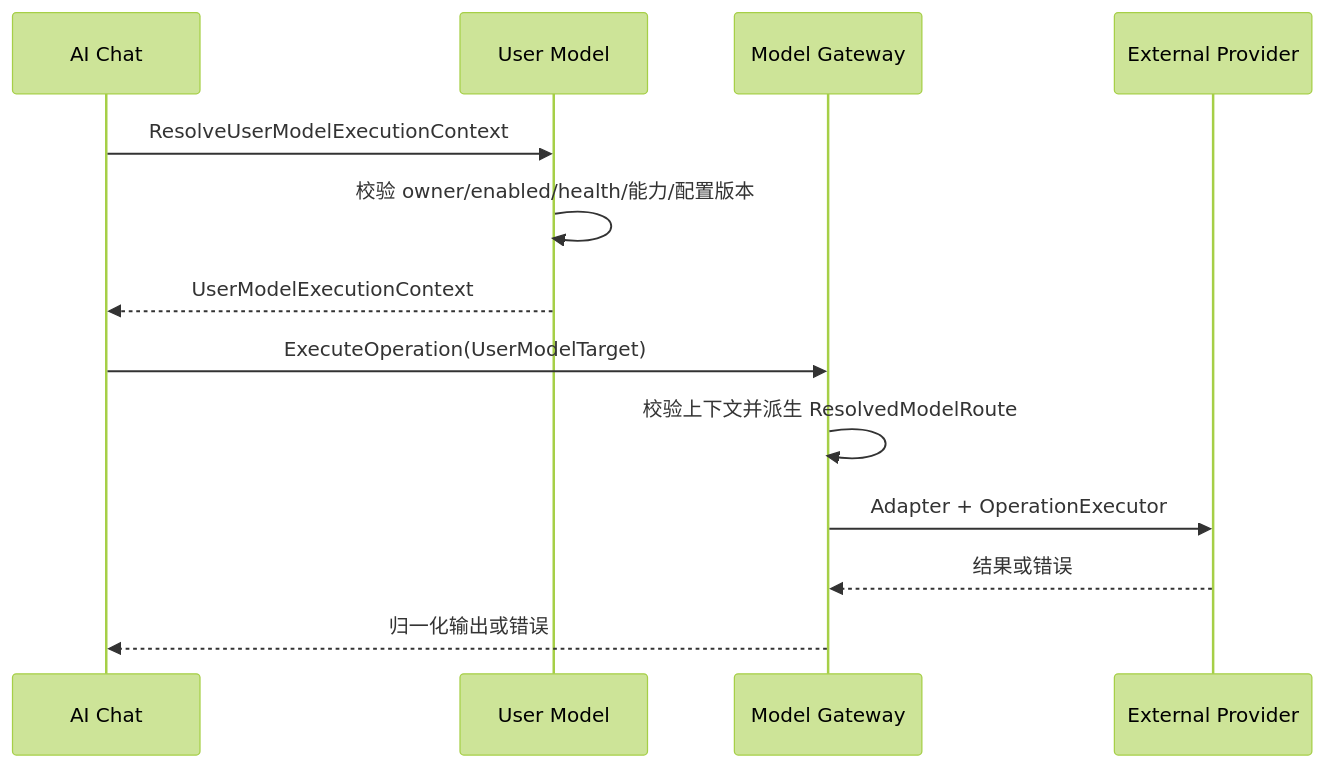
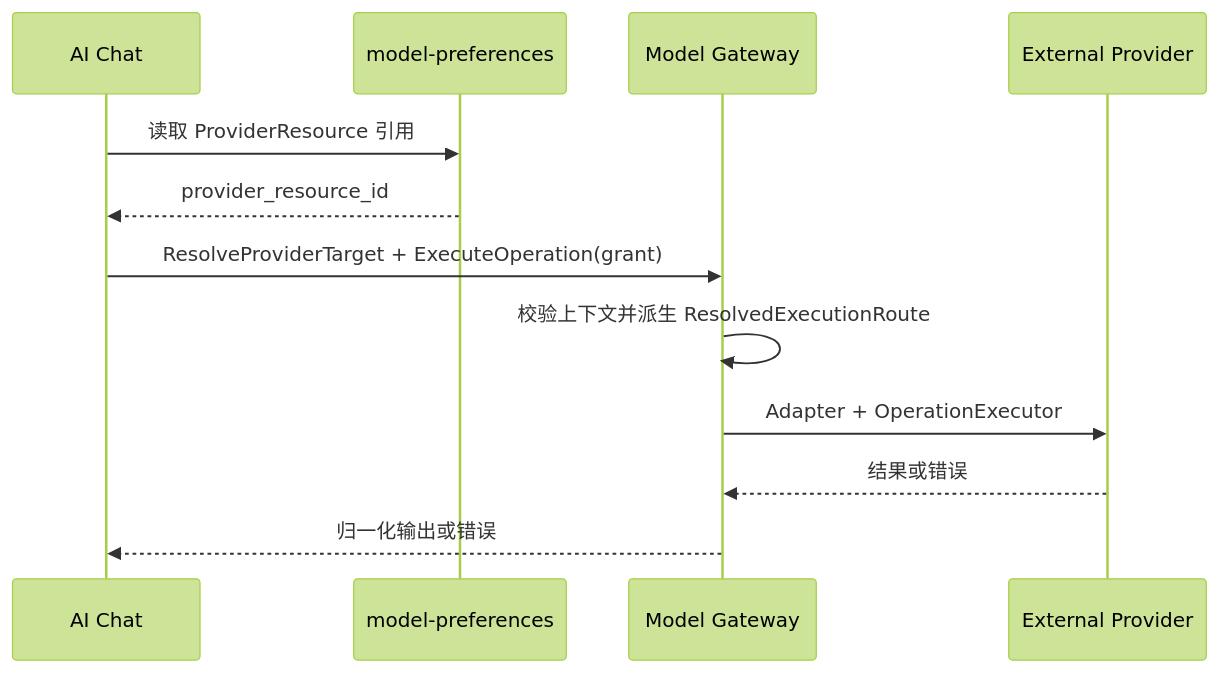
One commit to wangweihong/omnimam-spec changed the fifth of 5 diagrams in 02_architecture/domains/modelgateway.md. Above: the diagram before and after it, drawn with Mermaid (forest theme). The commit also changed other lines of this file and 67 other files, not shown here.

Commit message:
spec: implement unified provider account architecture

````diff
--- a/02_architecture/domains/modelgateway.md
+++ b/02_architecture/domains/modelgateway.md
@@ -242,16 +242,15 @@
 ```mermaid
 sequenceDiagram
     participant Chat as AI Chat
-    participant UserModel as User Model
+    participant model-preferences as model-preferences
     participant Gateway as Model Gateway
     participant Provider as External Provider
 
-    Chat->>UserModel: ResolveUserModelExecutionContext
-    UserModel->>UserModel: 校验 owner/enabled/health/能力/配置版本
-    UserModel-->>Chat: UserModelExecutionContext
-    Chat->>Gateway: ExecuteOperation(UserModelTarget)
-    Gateway->>Gateway: 校验上下文并派生 ResolvedModelRoute
+    Chat->>model-preferences: 读取 ProviderResource 引用
+    model-preferences-->>Chat: provider_resource_id
+    Chat->>Gateway: ResolveProviderTarget + ExecuteOperation(grant)
+    Gateway->>Gateway: 校验上下文并派生 ResolvedExecutionRoute
     Gateway->>Provider: Adapter + OperationExecutor
     Provider-->>Gateway: 结果或错误
     Gateway-->>Chat: 归一化输出或错误
 ```
````
